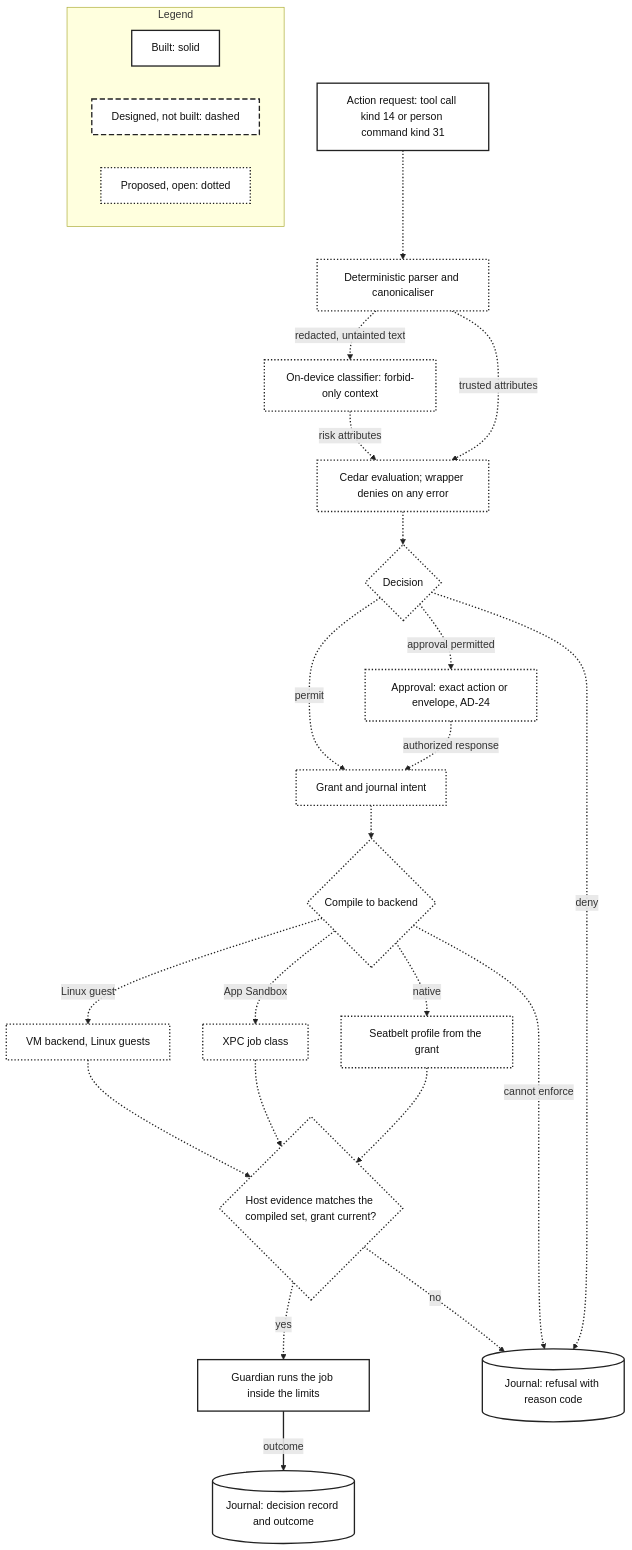
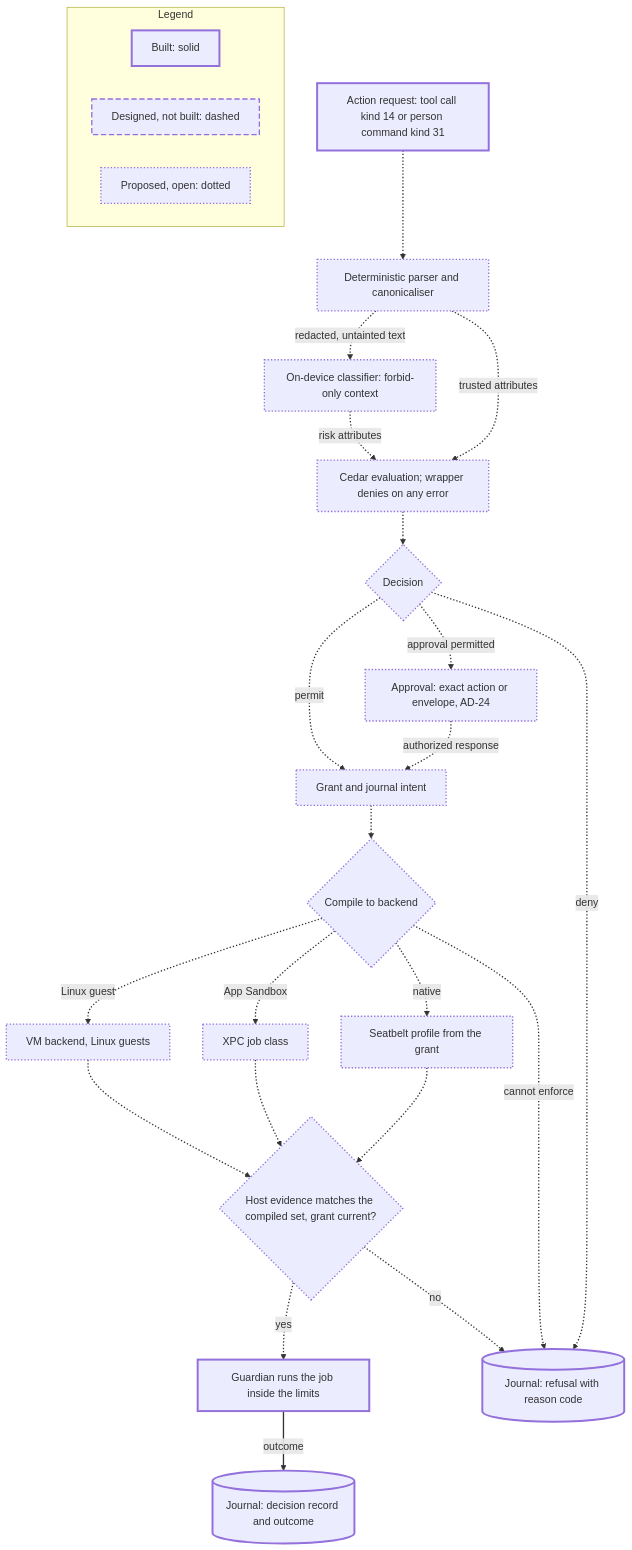
Before and after one commit to pidster/asura: the fifth of 7 diagrams in docs/designs/architecture-overview.md, drawn with Mermaid. The commit also changed other lines of this file, not shown here.

First line of the commit message:
Let the overview diagrams follow the viewer's theme: no colours set

````diff
--- a/docs/designs/architecture-overview.md
+++ b/docs/designs/architecture-overview.md
@@ -360,49 +360,49 @@
 ```mermaid
 flowchart TB
     Req["Action request: tool call kind 14 or person command kind 31"]:::built
     Parse["Deterministic parser and canonicaliser"]:::proposed
     Clf["On-device classifier: forbid-only context"]:::proposed
     Ced["Cedar evaluation; wrapper denies on any error"]:::proposed
     Dec{"Decision"}:::proposed
     Appr["Approval: exact action or envelope, AD-24"]:::proposed
     Grant["Grant and journal intent"]:::proposed
     Comp{"Compile to backend"}:::proposed
     SBc["Seatbelt profile from the grant"]:::proposed
     XPC["XPC job class"]:::proposed
     VMb["VM backend, Linux guests"]:::proposed
     Ev{"Host evidence matches the compiled set, grant current?"}:::proposed
     Run["Guardian runs the job inside the limits"]:::built
     Ref[("Journal: refusal with reason code")]:::built
     Jn[("Journal: decision record and outcome")]:::built
     Run -->|"outcome"| Jn
     Req --> Parse
     Parse -->|"redacted, untainted text"| Clf
     Parse -->|"trusted attributes"| Ced
     Clf -->|"risk attributes"| Ced
     Ced --> Dec
     Dec -->|"deny"| Ref
     Dec -->|"approval permitted"| Appr
     Appr -->|"authorized response"| Grant
     Dec -->|"permit"| Grant
     Grant --> Comp
     Comp -->|"native"| SBc
     Comp -->|"App Sandbox"| XPC
     Comp -->|"Linux guest"| VMb
     Comp -->|"cannot enforce"| Ref
     SBc --> Ev
     XPC --> Ev
     VMb --> Ev
     Ev -->|"yes"| Run
     Ev -->|"no"| Ref
     subgraph Legend["Legend"]
         direction LR
         LB["Built: solid"]:::built
         LD["Designed, not built: dashed"]:::designed
         LP["Proposed, open: dotted"]:::proposed
     end
-    classDef built fill:#ffffff,stroke:#222222,stroke-width:2px,color:#111111
-    classDef designed fill:#ffffff,stroke:#222222,stroke-width:2px,stroke-dasharray:8 4,color:#111111
-    classDef proposed fill:#ffffff,stroke:#222222,stroke-width:2px,stroke-dasharray:2 3,color:#111111
-    linkStyle 0 stroke:#222222,stroke-width:2px
-    linkStyle 1,2,3,4,5,6,7,8,9,10,11,12,13,14,15,16,17,18,19 stroke:#222222,stroke-width:2px,stroke-dasharray:2 3
+    classDef built stroke-width:3px
+    classDef designed stroke-width:2px,stroke-dasharray:8 4
+    classDef proposed stroke-width:2px,stroke-dasharray:2 3
+    linkStyle 0 stroke-width:2px
+    linkStyle 1,2,3,4,5,6,7,8,9,10,11,12,13,14,15,16,17,18,19 stroke-width:2px,stroke-dasharray:2 3
 ```
````
